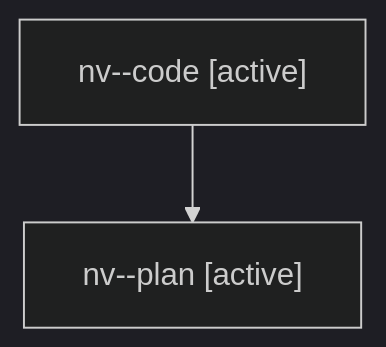
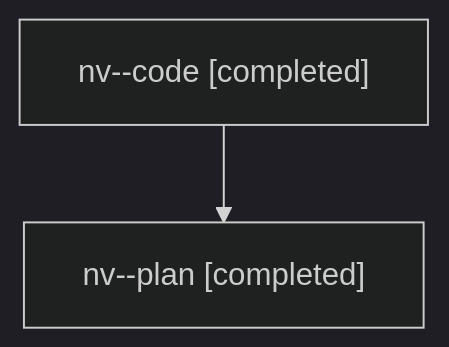
Before and after one commit to sase-org/sase--agents: the diagram in families/bbugyi200.athena.nv.md, drawn with Mermaid (dark theme). The commit also changed other lines of this file and 49 other files, not shown here.

````diff
--- a/families/bbugyi200.athena.nv.md
+++ b/families/bbugyi200.athena.nv.md
@@ -9,6 +9,6 @@
 ```mermaid
 flowchart TD
-  n0["nv--code [active]"]
-  n1["nv--plan [active]"]
+  n0["nv--code [completed]"]
+  n1["nv--plan [completed]"]
   n0 --> n1
 ```
````
